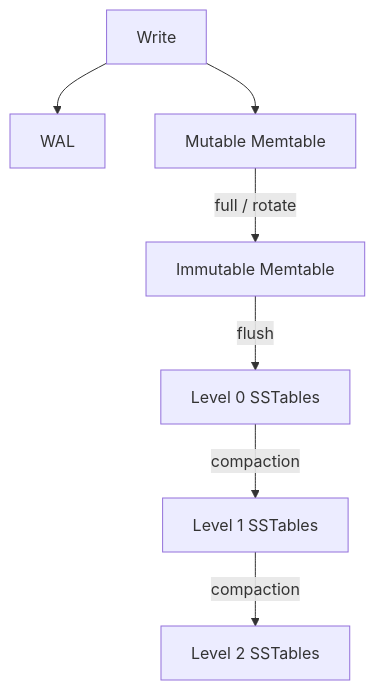
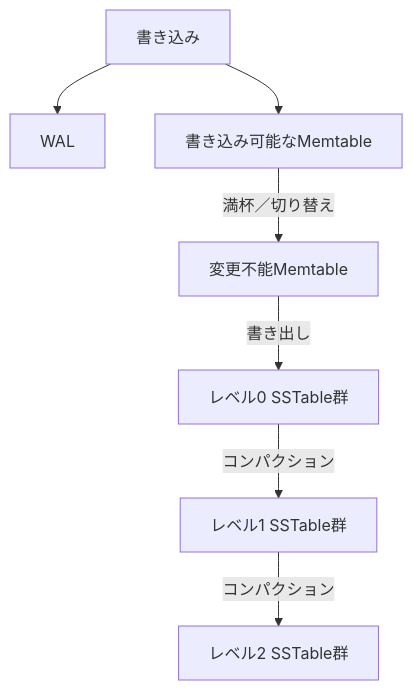
One commit to hirunebot/database-systems-book changed the third of 6 diagrams in src/content/docs/02-storage/05-hash-and-lsm.md. Above: the diagram before and after it, drawn with Mermaid. The commit also changed other lines of this file and 42 other files, not shown here.

````diff
--- a/src/content/docs/02-storage/05-hash-and-lsm.md
+++ b/src/content/docs/02-storage/05-hash-and-lsm.md
@@ -117,17 +117,17 @@
 ```mermaid
 flowchart TB
-    W["Write"]
+    W["書き込み"]
     WAL["WAL"]
-    Mem["Mutable Memtable"]
-    Imm["Immutable Memtable"]
-    L0["Level 0 SSTables"]
-    L1["Level 1 SSTables"]
-    L2["Level 2 SSTables"]
+    Mem["書き込み可能なMemtable"]
+    Imm["変更不能Memtable"]
+    L0["レベル0 SSTable群"]
+    L1["レベル1 SSTable群"]
+    L2["レベル2 SSTable群"]
 
     W --> WAL
     W --> Mem
-    Mem -->|"full / rotate"| Imm
-    Imm -->|"flush"| L0
-    L0 -->|"compaction"| L1
-    L1 -->|"compaction"| L2
+    Mem -->|"満杯／切り替え"| Imm
+    Imm -->|"書き出し"| L0
+    L0 -->|"コンパクション"| L1
+    L1 -->|"コンパクション"| L2
 ```
````
